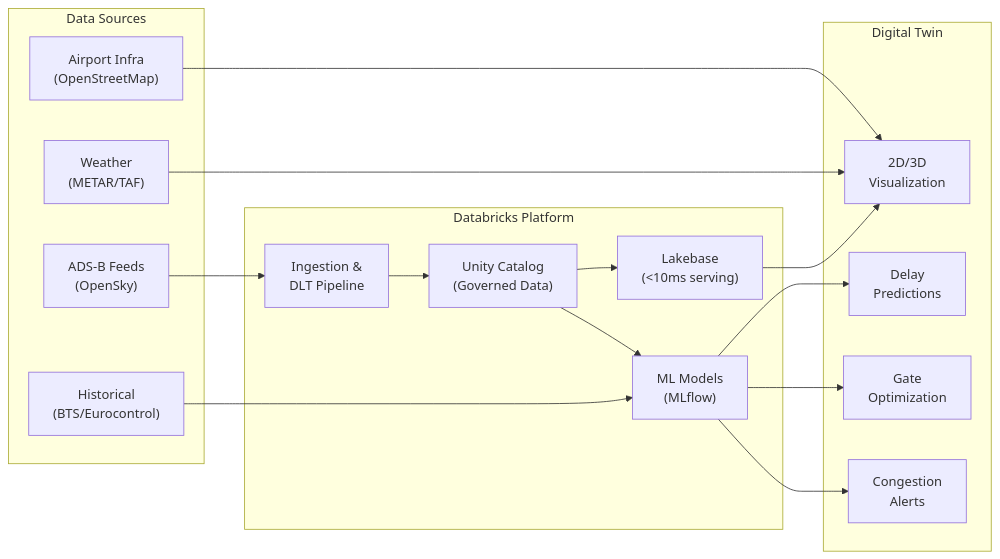
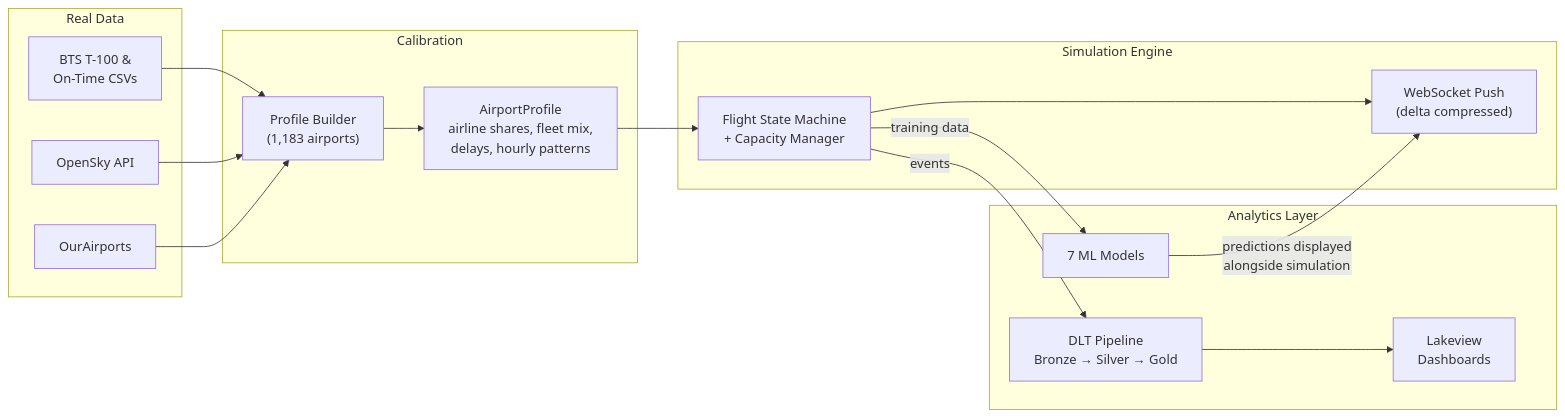
The first of 5 diagrams in README.md (LaurentPRAT-DB/databricks-airport-digital-twin), drawn with Mermaid before and after one commit. The commit also changed other lines of this file, not shown here.

First line of the commit message:
docs: rewrite README with audience sections + data architecture narrative

````diff
--- a/README.md
+++ b/README.md
@@ -53,30 +73,30 @@
 ```mermaid
 graph LR
-    subgraph "Data Sources"
-        A["ADS-B Feeds<br/>(OpenSky)"]
-        B["Weather<br/>(METAR/TAF)"]
-        C["Airport Infra<br/>(OpenStreetMap)"]
-        D["Historical<br/>(BTS/Eurocontrol)"]
+    subgraph "Real Data"
+        BTS["BTS T-100 &<br/>On-Time CSVs"]
+        OSK["OpenSky API"]
+        OA["OurAirports"]
     end
 
-    subgraph "Databricks Platform"
-        E["Ingestion &<br/>DLT Pipeline"]
-        F["Unity Catalog<br/>(Governed Data)"]
-        G["ML Models<br/>(MLflow)"]
-        H["Lakebase<br/>(<10ms serving)"]
+    subgraph "Calibration"
+        PB["Profile Builder<br/>(1,183 airports)"]
+        AP["AirportProfile<br/>airline shares, fleet mix,<br/>delays, hourly patterns"]
     end
 
-    subgraph "Digital Twin"
-        I["2D/3D<br/>Visualization"]
-        J["Delay<br/>Predictions"]
-        K["Gate<br/>Optimization"]
-        L["Congestion<br/>Alerts"]
+    subgraph "Simulation Engine"
+        SIM["Flight State Machine<br/>+ Capacity Manager"]
+        WS["WebSocket Push<br/>(delta compressed)"]
     end
 
-    A --> E --> F --> H --> I
-    B --> I
-    C --> I
-    D --> G
-    F --> G
-    G --> J & K & L
+    subgraph "Analytics Layer"
+        ML["7 ML Models"]
+        DLT["DLT Pipeline<br/>Bronze → Silver → Gold"]
+        LV["Lakeview<br/>Dashboards"]
+    end
+
+    BTS & OSK & OA --> PB --> AP --> SIM
+    SIM --> WS
+    SIM -->|training data| ML
+    SIM -->|events| DLT --> LV
+    ML -->|predictions displayed<br/>alongside simulation| WS
 ```
````
